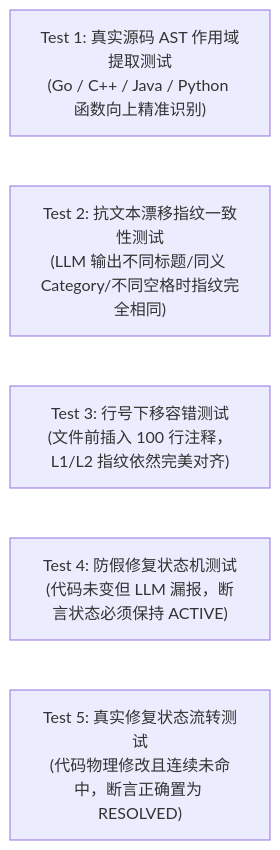
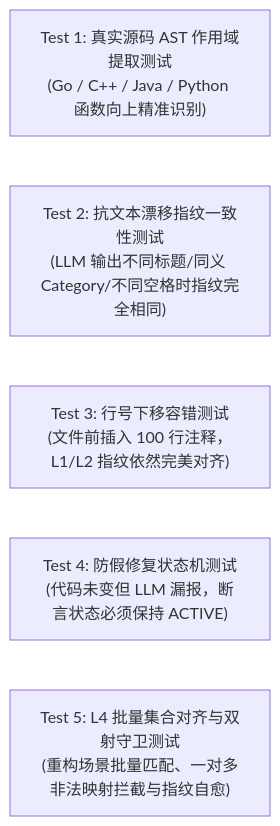
One commit to fugui/code-shield changed the fifth of 6 diagrams in docs/deterministic-fingerprint-architecture/01-确定性源码指纹与抗抖动增量生命周期架构设计.md. Above: the diagram before and after it, drawn with Mermaid. The commit also changed other lines of this file and 1 other file, not shown here.

````diff
--- a/docs/deterministic-fingerprint-architecture/01-确定性源码指纹与抗抖动增量生命周期架构设计.md
+++ b/docs/deterministic-fingerprint-architecture/01-确定性源码指纹与抗抖动增量生命周期架构设计.md
@@ -485,8 +543,8 @@
 ```mermaid
 flowchart LR
     T1["Test 1: 真实源码 AST 作用域提取测试\n(Go / C++ / Java / Python 函数向上精准识别)"]
     T2["Test 2: 抗文本漂移指纹一致性测试\n(LLM 输出不同标题/同义 Category/不同空格时指纹完全相同)"]
     T3["Test 3: 行号下移容错测试\n(文件前插入 100 行注释，L1/L2 指纹依然完美对齐)"]
     T4["Test 4: 防假修复状态机测试\n(代码未变但 LLM 漏报，断言状态必须保持 ACTIVE)"]
-    T5["Test 5: 真实修复状态流转测试\n(代码物理修改且连续未命中，断言正确置为 RESOLVED)"]
+    T5["Test 5: L4 批量集合对齐与双射守卫测试\n(重构场景批量匹配、一对多非法映射拦截与指纹自愈)"]
 ```
````
